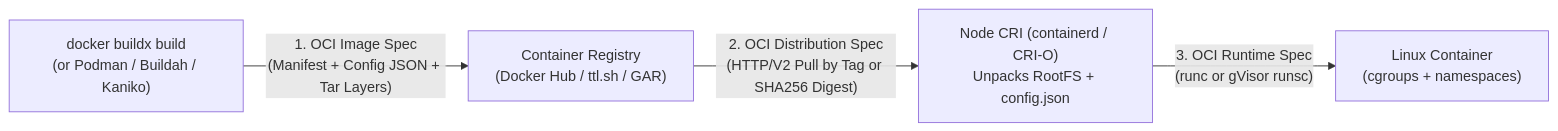
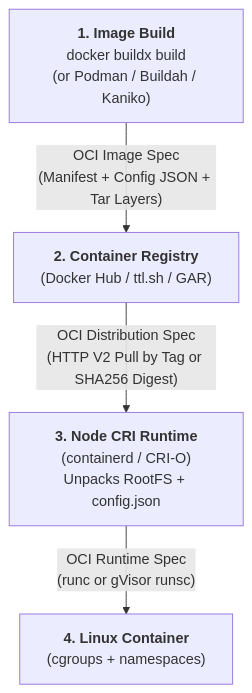
One commit to amlcoftherockies/scaling-the-kubernetes-mountain changed the first of 2 diagrams in section 6/README.md. Above: the diagram before and after it, drawn with Mermaid. The commit also changed other lines of this file and 4 other files, not shown here.

Commit message:
Fix Mermaid diagram line breaks (<br/> instead of literal \n) and layout across Sections 6-10

````diff
--- a/section 6/README.md
+++ b/section 6/README.md
@@ -28,6 +28,6 @@
 ```mermaid
-flowchart LR
-    Build["docker buildx build\n(or Podman / Buildah / Kaniko)"] -->|"1. OCI Image Spec\n(Manifest + Config JSON + Tar Layers)"| Reg["Container Registry\n(Docker Hub / ttl.sh / GAR)"]
-    Reg -->|"2. OCI Distribution Spec\n(HTTP/V2 Pull by Tag or SHA256 Digest)"| CRI["Node CRI (containerd / CRI-O)\nUnpacks RootFS + config.json"]
-    CRI -->|"3. OCI Runtime Spec\n(runc or gVisor runsc)"| Kernel["Linux Container\n(cgroups + namespaces)"]
+flowchart TD
+    Build["<b>1. Image Build</b><br/>docker buildx build<br/>(or Podman / Buildah / Kaniko)"] -->|"OCI Image Spec<br/>(Manifest + Config JSON + Tar Layers)"| Reg["<b>2. Container Registry</b><br/>(Docker Hub / ttl.sh / GAR)"]
+    Reg -->|"OCI Distribution Spec<br/>(HTTP V2 Pull by Tag or SHA256 Digest)"| CRI["<b>3. Node CRI Runtime</b><br/>(containerd / CRI-O)<br/>Unpacks RootFS + config.json"]
+    CRI -->|"OCI Runtime Spec<br/>(runc or gVisor runsc)"| Kernel["<b>4. Linux Container</b><br/>(cgroups + namespaces)"]
 ```
````
